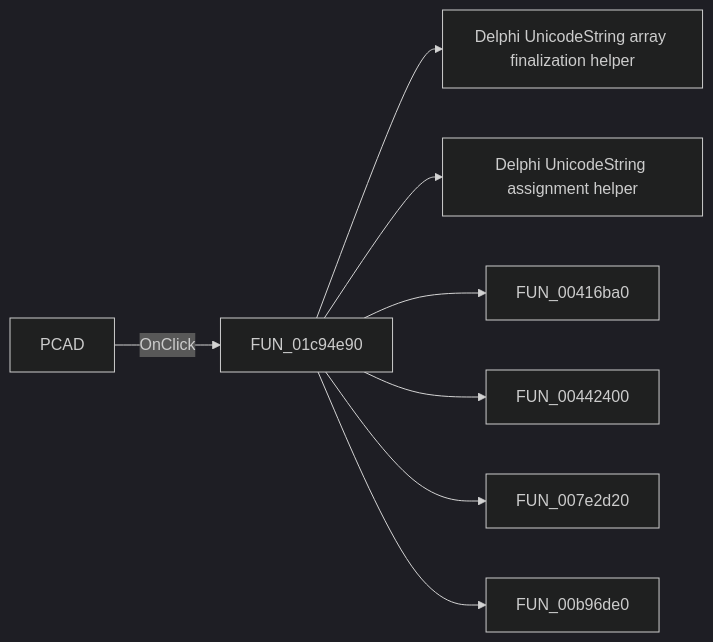
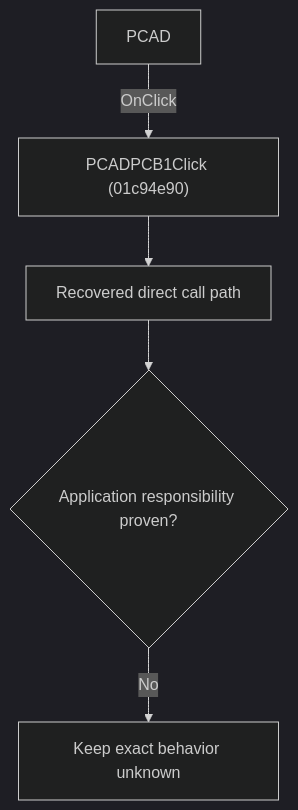
One commit to MovGP0/TIARA changed the diagram in docs/ui-controls/schematiceditor/pcadpcb1-3a7e211a8a.md. Above: the diagram before and after it, drawn with Mermaid (dark theme). The commit also changed other lines of this file and 1062 other files, not shown here.

````diff
--- a/docs/ui-controls/schematiceditor/pcadpcb1-3a7e211a8a.md
+++ b/docs/ui-controls/schematiceditor/pcadpcb1-3a7e211a8a.md
@@ -27,10 +27,7 @@
 ```mermaid
-flowchart LR
-    control["PCAD"] -->|OnClick| handler["FUN_01c94e90"]
-    handler --> call1["Delphi UnicodeString array finalization helper"]
-    handler --> call2["Delphi UnicodeString assignment helper"]
-    handler --> call3["FUN_00416ba0"]
-    handler --> call4["FUN_00442400"]
-    handler --> call5["FUN_007e2d20"]
-    handler --> call6["FUN_00b96de0"]
+flowchart TD
+    control["PCAD"] -->|"OnClick"| handler["PCADPCB1Click (01c94e90)"]
+    handler --> recovered["Recovered direct call path"]
+    recovered --> gap{"Application responsibility proven?"}
+    gap -->|"No"| blocked["Keep exact behavior unknown"]
 ```
````
